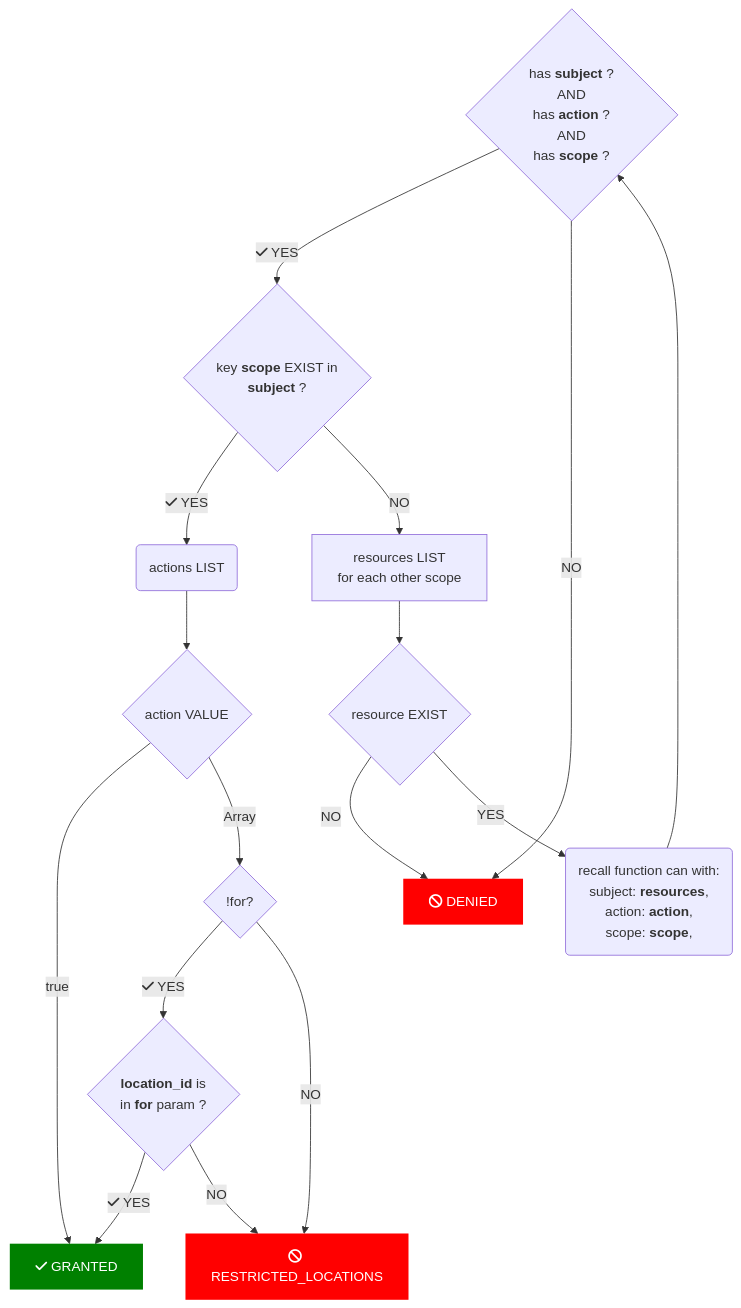
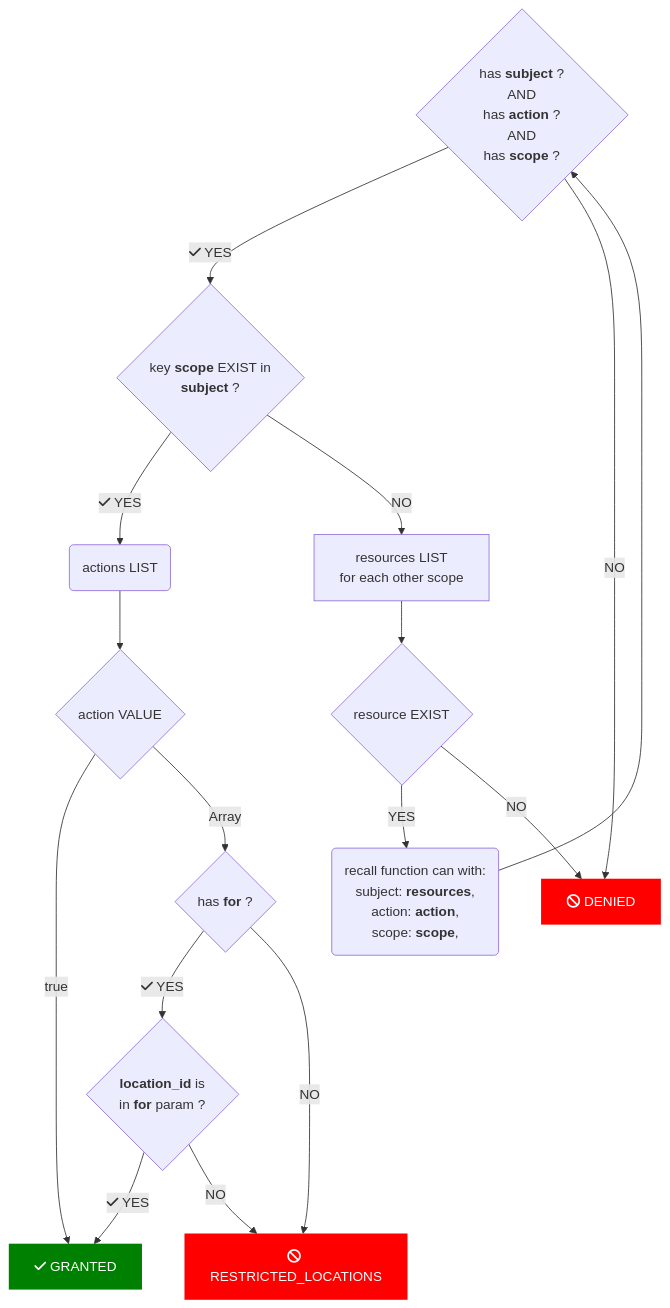
Before and after one commit to srajsavong/srajsavong: the third of 3 diagrams in role_permission.md, drawn with Mermaid. The commit also changed other lines of this file, not shown here.

Commit message:
fix can function

````diff
--- a/role_permission.md
+++ b/role_permission.md
@@ -185,22 +184,22 @@
 ```mermaid
 flowchart TD
   S{has <b>subject</b> ? <br/>AND <br/> has <b>action</b> ? <br/>AND <br/> has <b>scope</b> ?} --> |fa:fa-check YES| A
     A{key <b>scope</b> EXIST in <br/> <b>subject</b> ?} -->|fa:fa-check YES| AL(actions LIST)
       AL --> AV{action VALUE}
         AV -->|true| G[fa:fa-check GRANTED]
-        AV -->|Array| F{!for?}
+        AV -->|Array| F{has <b>for</b> ?}
           F --> |fa:fa-check YES| LF{<b>location_id</b> is <br /> in <b>for</b> param ?}
             LF -->|fa:fa-check YES| G[fa:fa-check GRANTED]
             LF -->|NO| LR[fa:fa-ban RESTRICTED_LOCATIONS]
           F --> |NO| LR[fa:fa-ban RESTRICTED_LOCATIONS]
     A{key <b>scope</b> EXIST in <br/> <b>subject</b> ?} -->|NO| RL[resources LIST <br/> for each other scope ]
       RL --> RV{resource EXIST}
+        RV -->|YES| RR(recall function can with: <br/> subject: <b>resources</b>, <br/> action: <b>action</b>, <br/> scope: <b>scope</b>, ) -->S
         RV -->|NO| D[fa:fa-ban DENIED]
-        RV -->|YES| RR(recall function can with: <br/> subject: <b>resources</b>, <br/> action: <b>action</b>, <br/> scope: <b>scope</b>, ) -->S
 
   S{has <b>subject</b> ? <br/>AND <br/> has <b>action</b> ? <br/>AND <br/> has <b>scope</b> ?} --> |NO| D[fa:fa-ban DENIED]
 
   style G fill:green,stroke-width:0,color:#fff
   style D fill:red,stroke-width:0,color:#fff
   style LR fill:red,stroke-width:0,color:#fff
 ```
````
